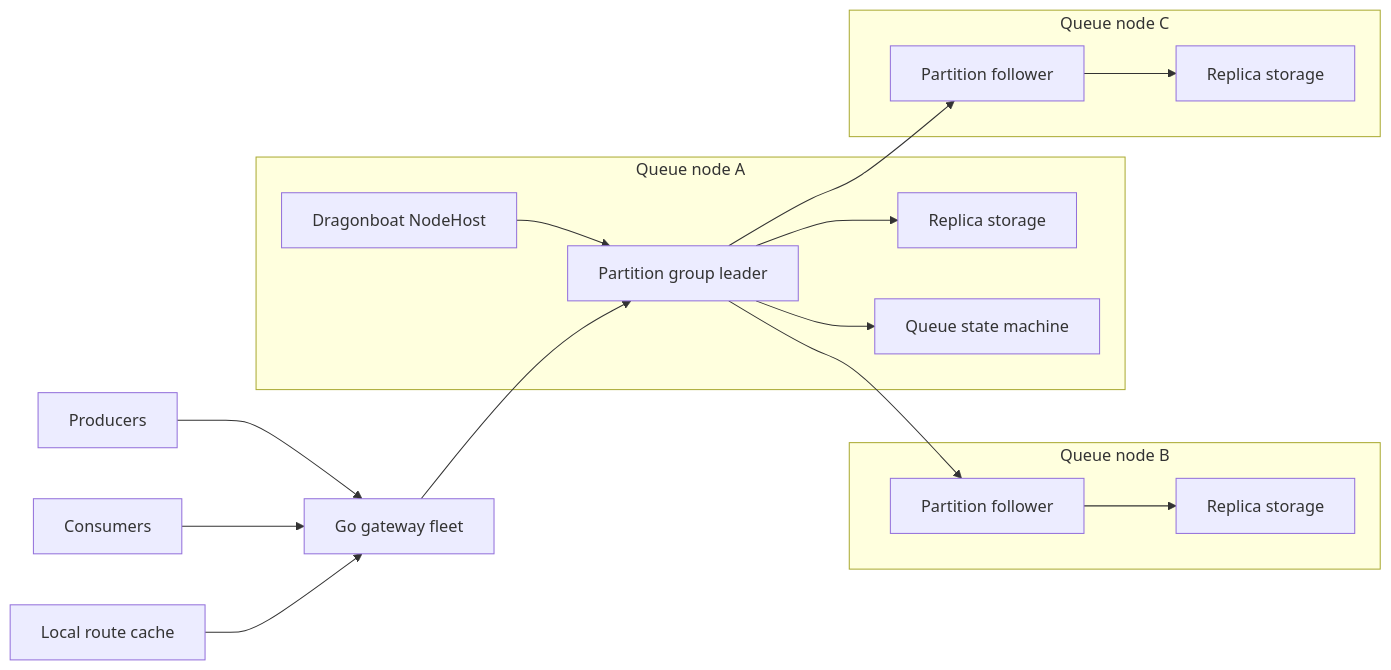
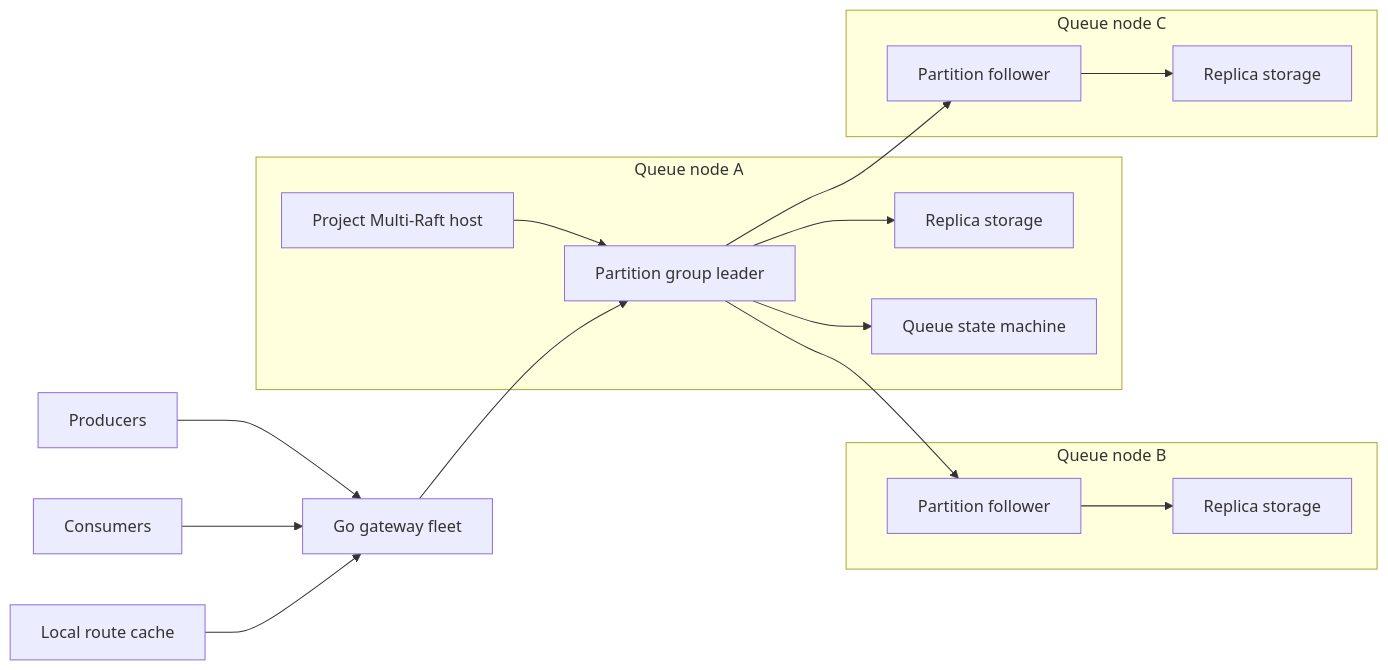
The first of 4 diagrams in docs/design/Data_Plane_Architecture_RFC.md (indreshgahoi/distributed-queue), drawn with Mermaid before and after one commit. The commit also changed other lines of this file and 15 other files, not shown here.

Commit message:
feat(consensus): select etcd raft and define owned host runtime

````diff
--- a/docs/design/Data_Plane_Architecture_RFC.md
+++ b/docs/design/Data_Plane_Architecture_RFC.md
@@ -93,36 +93,36 @@
 ```mermaid
 flowchart LR
     Producers[Producers]
     Consumers[Consumers]
     Gateway[Go gateway fleet]
     Routes[Local route cache]
 
     subgraph NodeA[Queue node A]
-        HostA[Dragonboat NodeHost]
+        HostA[Project Multi-Raft host]
         GroupA[Partition group leader]
         StoreA[Replica storage]
         StateA[Queue state machine]
         HostA --> GroupA
         GroupA --> StoreA
         GroupA --> StateA
     end
 
     subgraph NodeB[Queue node B]
         GroupB[Partition follower]
         StoreB[Replica storage]
     end
 
     subgraph NodeC[Queue node C]
         GroupC[Partition follower]
         StoreC[Replica storage]
     end
 
     Producers --> Gateway
     Consumers --> Gateway
     Routes --> Gateway
     Gateway --> GroupA
     GroupA --> GroupB
     GroupA --> GroupC
     GroupB --> StoreB
     GroupC --> StoreC
 ```
````
